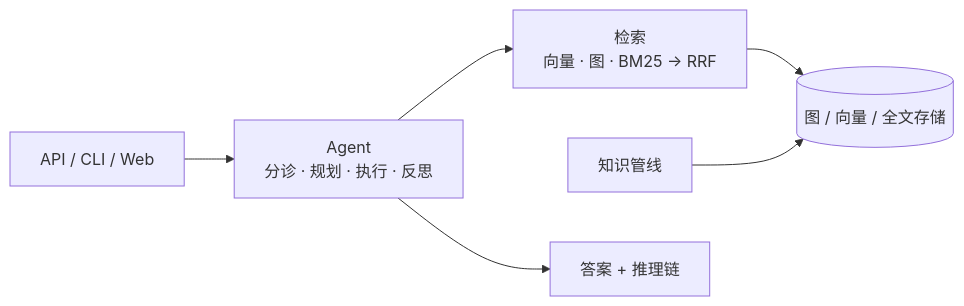
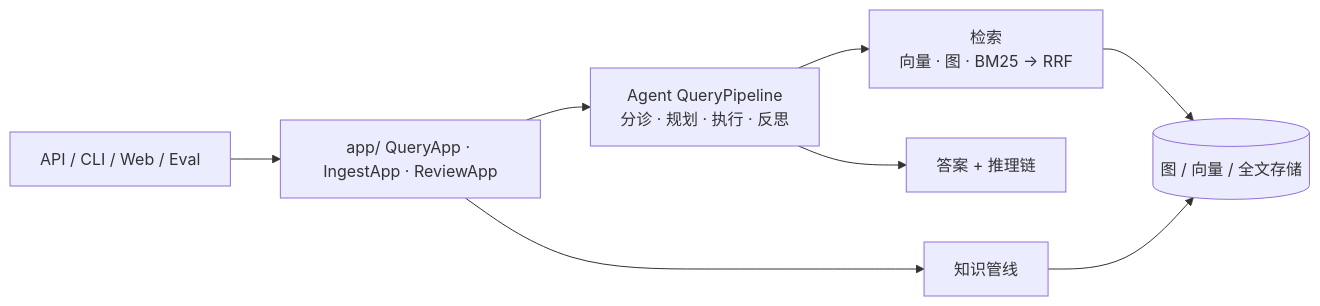
Before and after one commit to RightCloudhub/AG: the diagram in README.md, drawn with Mermaid. The commit also changed other lines of this file and 154 other files, not shown here.

Commit message:
fix(stores): implement Neo4jGraphStore.list_entities and add it to GraphStore protocol

````diff
--- a/README.md
+++ b/README.md
@@ -39,8 +41,10 @@
 ```mermaid
 flowchart LR
-    API["API / CLI / Web"] --> AG["Agent<br/>分诊 · 规划 · 执行 · 反思"]
+    API["API / CLI / Web / Eval"] --> APP["app/ QueryApp · IngestApp · ReviewApp"]
+    APP --> AG["Agent QueryPipeline<br/>分诊 · 规划 · 执行 · 反思"]
+    APP --> KG
     AG --> RET["检索<br/>向量 · 图 · BM25 → RRF"]
     RET --> ST[("图 / 向量 / 全文存储")]
     KG["知识管线"] --> ST
     AG --> GEN["答案 + 推理链"]
 ```
````
